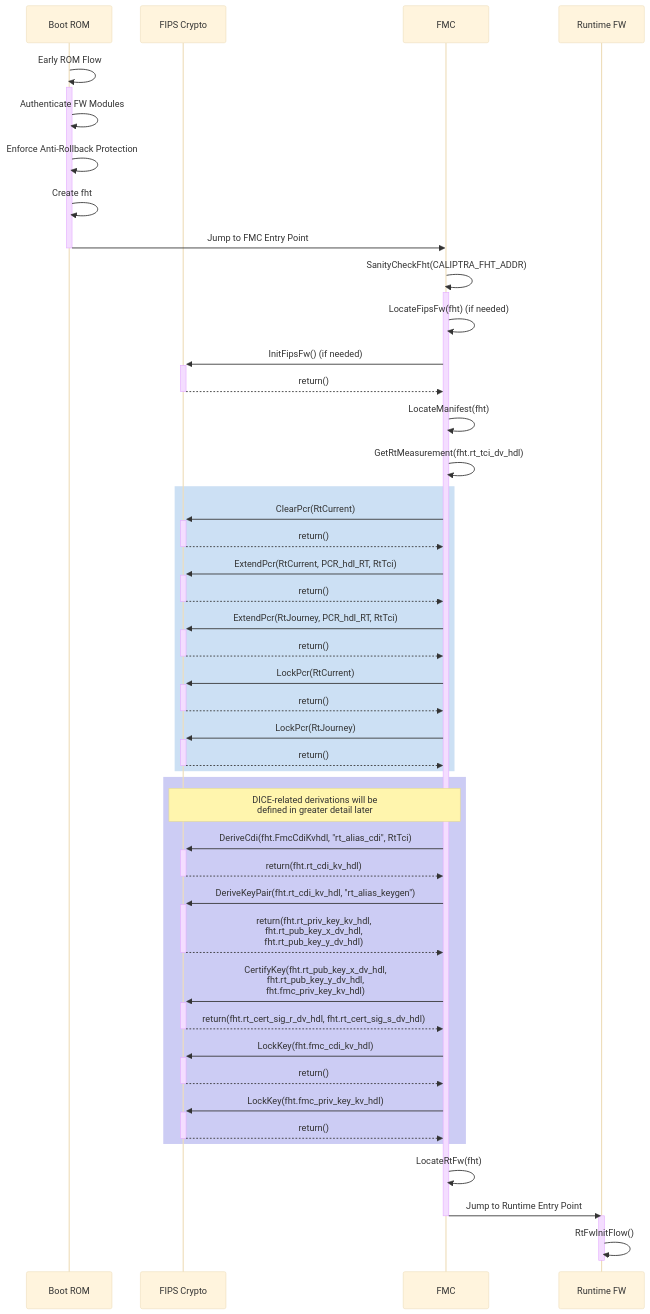
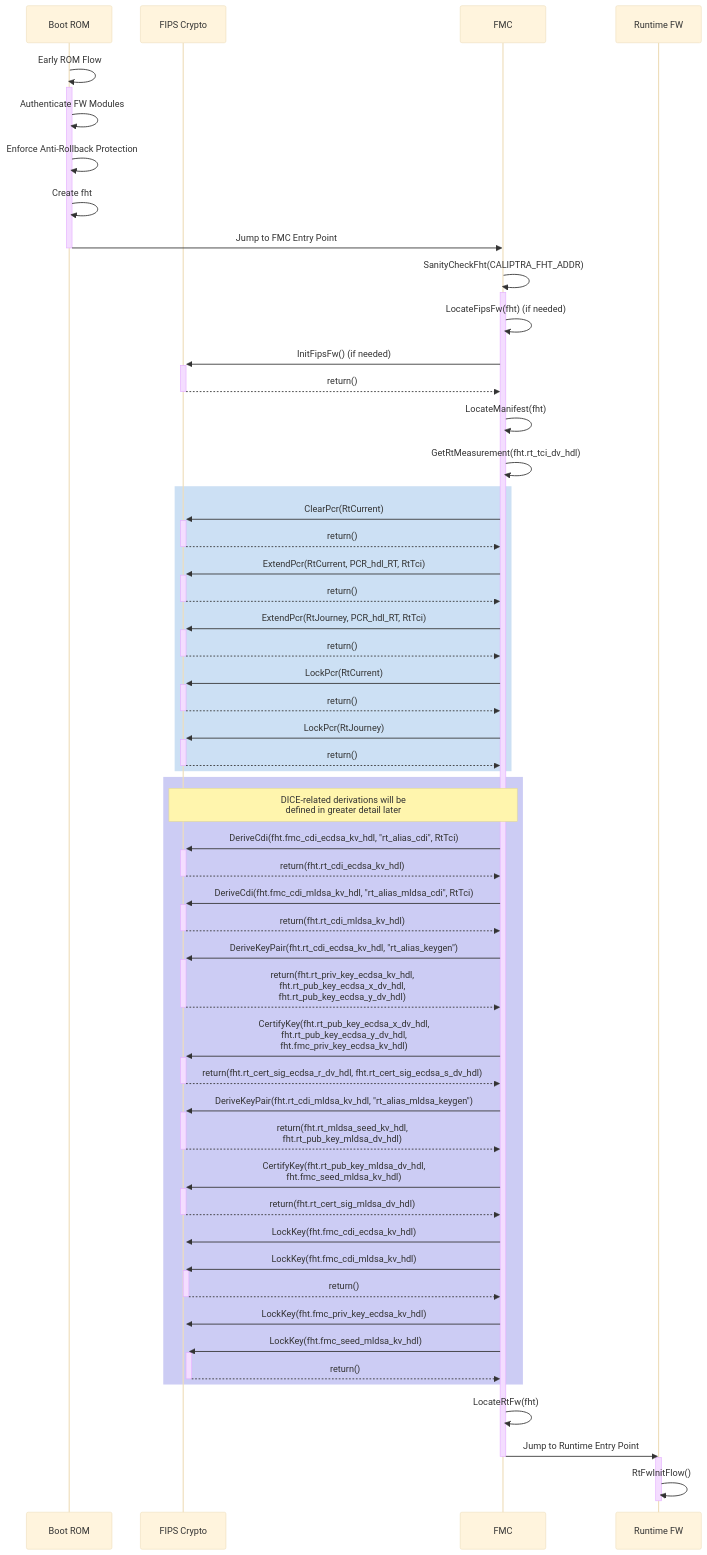
Before and after one commit to chipsalliance/caliptra-sw: the diagram in fmc/README.md, drawn with Mermaid (base theme). The commit also changed other lines of this file, not shown here.

Commit message:
[doc] FMC README update for MLDSA DICE derivation

````diff
--- a/fmc/README.md
+++ b/fmc/README.md
@@ -340,58 +418,66 @@
 ```mermaid
 sequenceDiagram
     participant ROM as Boot ROM
     participant FIPS as FIPS Crypto
     participant FMC as FMC
     participant RT as Runtime FW
 
     ROM->>+ROM: Early ROM Flow
     ROM->>ROM: Authenticate FW Modules
     ROM->>ROM: Enforce Anti-Rollback Protection
     ROM->>ROM: Create fht
     ROM->>-FMC: Jump to FMC Entry Point
 
     FMC->>+FMC: SanityCheckFht(CALIPTRA_FHT_ADDR)
     FMC->>FMC: LocateFipsFw(fht) (if needed)
     FMC->>+FIPS: InitFipsFw() (if needed)
     FIPS-->>-FMC: return()
     FMC->>FMC: LocateManifest(fht)
     FMC->>FMC: GetRtMeasurement(fht.rt_tci_dv_hdl)
 
     rect rgba(0, 100, 200, .2)
 
     FMC->>+FIPS: ClearPcr(RtCurrent)
     FIPS-->>-FMC: return()
     FMC->>+FIPS: ExtendPcr(RtCurrent, PCR_hdl_RT, RtTci)
     FIPS-->>-FMC: return()
     FMC->>+FIPS: ExtendPcr(RtJourney, PCR_hdl_RT, RtTci)
     FIPS-->>-FMC: return()
     FMC->>+FIPS: LockPcr(RtCurrent)
     FIPS-->>-FMC: return()
     FMC->>+FIPS: LockPcr(RtJourney)
     FIPS-->>-FMC: return()
 
     end %% rect
 
     rect rgba(0, 0, 200, .2)
     note over FIPS, FMC: DICE-related derivations will be<br> defined in greater detail later
 
-    FMC->>+FIPS: DeriveCdi(fht.FmcCdiKvhdl, "rt_alias_cdi", RtTci)
-    FIPS-->>-FMC: return(fht.rt_cdi_kv_hdl)
-    FMC->>+FIPS: DeriveKeyPair(fht.rt_cdi_kv_hdl, "rt_alias_keygen")
-    FIPS-->>-FMC: return(fht.rt_priv_key_kv_hdl,<br> fht.rt_pub_key_x_dv_hdl,<br> fht.rt_pub_key_y_dv_hdl)
-    FMC->>+FIPS: CertifyKey(fht.rt_pub_key_x_dv_hdl,<br> fht.rt_pub_key_y_dv_hdl,<br> fht.fmc_priv_key_kv_hdl)
-    FIPS-->>-FMC: return(fht.rt_cert_sig_r_dv_hdl, fht.rt_cert_sig_s_dv_hdl)
-    FMC->>+FIPS: LockKey(fht.fmc_cdi_kv_hdl)
+    FMC->>+FIPS: DeriveCdi(fht.fmc_cdi_ecdsa_kv_hdl, "rt_alias_cdi", RtTci)
+    FIPS-->>-FMC: return(fht.rt_cdi_ecdsa_kv_hdl)
+    FMC->>+FIPS: DeriveCdi(fht.fmc_cdi_mldsa_kv_hdl, "rt_alias_mldsa_cdi", RtTci)
+    FIPS-->>-FMC: return(fht.rt_cdi_mldsa_kv_hdl)
+    FMC->>+FIPS: DeriveKeyPair(fht.rt_cdi_ecdsa_kv_hdl, "rt_alias_keygen")
+    FIPS-->>-FMC: return(fht.rt_priv_key_ecdsa_kv_hdl,<br> fht.rt_pub_key_ecdsa_x_dv_hdl,<br> fht.rt_pub_key_ecdsa_y_dv_hdl)
+    FMC->>+FIPS: CertifyKey(fht.rt_pub_key_ecdsa_x_dv_hdl,<br> fht.rt_pub_key_ecdsa_y_dv_hdl,<br> fht.fmc_priv_key_ecdsa_kv_hdl)
+    FIPS-->>-FMC: return(fht.rt_cert_sig_ecdsa_r_dv_hdl, fht.rt_cert_sig_ecdsa_s_dv_hdl)
+    FMC->>+FIPS: DeriveKeyPair(fht.rt_cdi_mldsa_kv_hdl, "rt_alias_mldsa_keygen")
+    FIPS-->>-FMC: return(fht.rt_mldsa_seed_kv_hdl,<br> fht.rt_pub_key_mldsa_dv_hdl)
+    FMC->>+FIPS: CertifyKey(fht.rt_pub_key_mldsa_dv_hdl,<br> fht.fmc_seed_mldsa_kv_hdl)
+    FIPS-->>-FMC: return(fht.rt_cert_sig_mldsa_dv_hdl)
+    FMC->>+FIPS: LockKey(fht.fmc_cdi_ecdsa_kv_hdl)
+    FMC->>+FIPS: LockKey(fht.fmc_cdi_mldsa_kv_hdl)
     FIPS-->>-FMC: return()
-    FMC->>+FIPS: LockKey(fht.fmc_priv_key_kv_hdl)
+    FMC->>+FIPS: LockKey(fht.fmc_priv_key_ecdsa_kv_hdl)
+    FMC->>+FIPS: LockKey(fht.fmc_seed_mldsa_kv_hdl)
     FIPS-->>-FMC: return()
 
     end %% rect
 
     FMC->>FMC: LocateRtFw(fht)
     FMC->>-RT: Jump to Runtime Entry Point
 
     activate RT
     RT->>RT: RtFwInitFlow()
     deactivate RT
 ```
````
